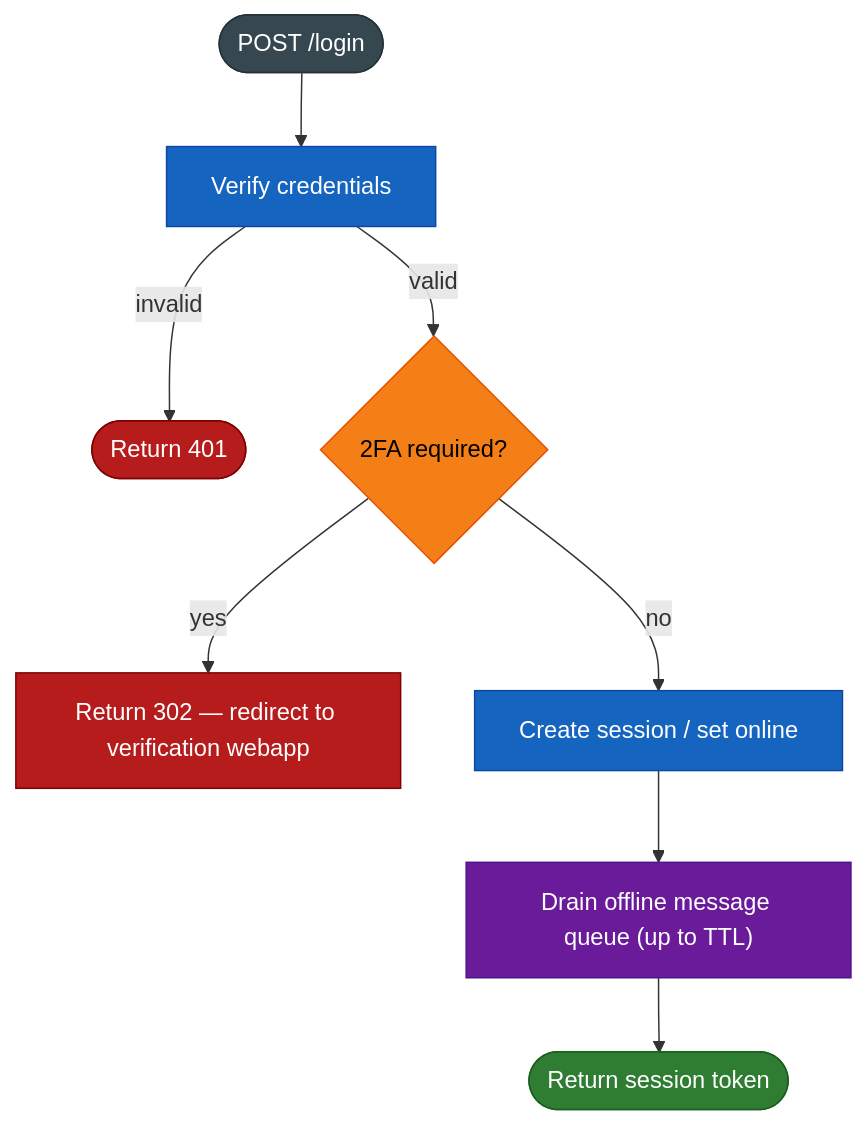
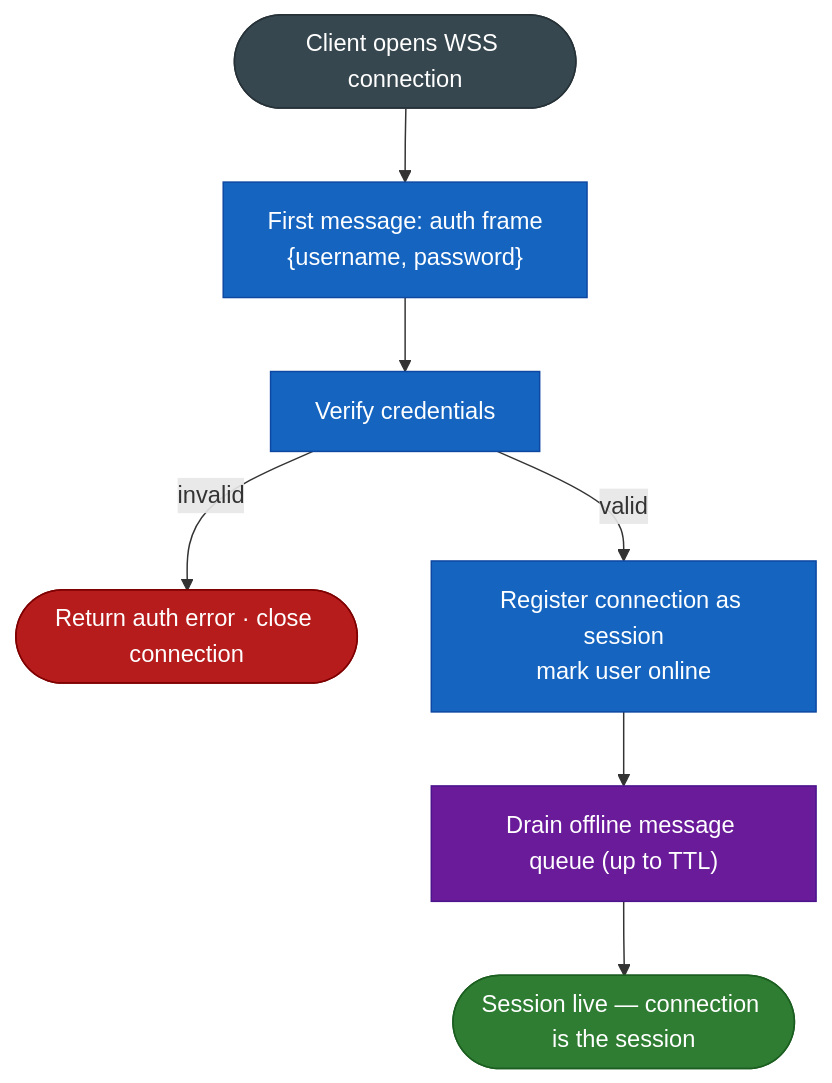
The second of 5 diagrams in docs/server-flows.md (meltedelement/EPIC-1bit2qbit), drawn with Mermaid before and after one commit. The commit also changed other lines of this file and 1 other file, not shown here.

Commit message:
Docs: Update architecture and server flows for WS-auth session model
Login is no longer a separate HTTP endpoint. The WebSocket connection is
the session — auth happens as the first message after the client opens WSS.
Updated Register flow (no token returned), replaced Login flow with
WS Connect & Authenticate, and corrected the API node label and AUTHN
edges in the architecture diagrams.

````diff
--- a/docs/server-flows.md
+++ b/docs/server-flows.md
@@ -25,17 +25,16 @@
 ```mermaid
 flowchart TD
     classDef terminal  fill:#37474F,stroke:#263238,color:#fff
     classDef process   fill:#1565C0,stroke:#0D47A1,color:#fff
     classDef decision  fill:#F57F17,stroke:#E65100,color:#000
     classDef error     fill:#B71C1C,stroke:#7F0000,color:#fff
     classDef ok        fill:#2E7D32,stroke:#1B5E20,color:#fff
     classDef store     fill:#6A1B9A,stroke:#4A148C,color:#fff
 
-    A([POST /login]):::terminal --> B["Verify credentials"]:::process
-    B -- invalid --> C([Return 401]):::error
-    B -- valid --> D{"2FA required?"}:::decision
-    D -- yes --> E["Return 302 — redirect to verification webapp"]:::error
-    D -- no --> F["Create session / set online"]:::process
-    F --> G["Drain offline message queue (up to TTL)"]:::store
-    G --> H([Return session token]):::ok
+    A([Client opens WSS connection]):::terminal --> B["First message: auth frame\n{username, password}"]:::process
+    B --> C["Verify credentials"]:::process
+    C -- invalid --> D([Return auth error · close connection]):::error
+    C -- valid --> E["Register connection as session\nmark user online"]:::process
+    E --> F["Drain offline message queue (up to TTL)"]:::store
+    F --> G([Session live — connection is the session]):::ok
 ```
````
